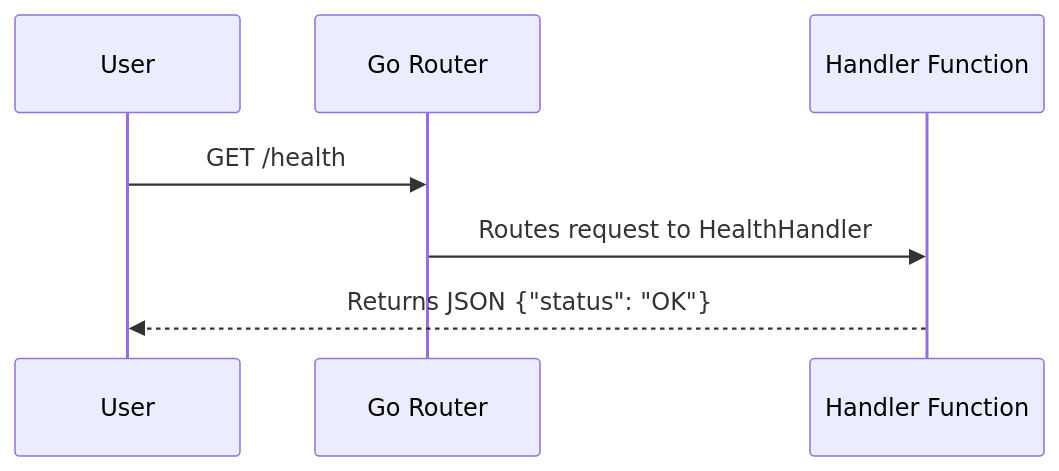
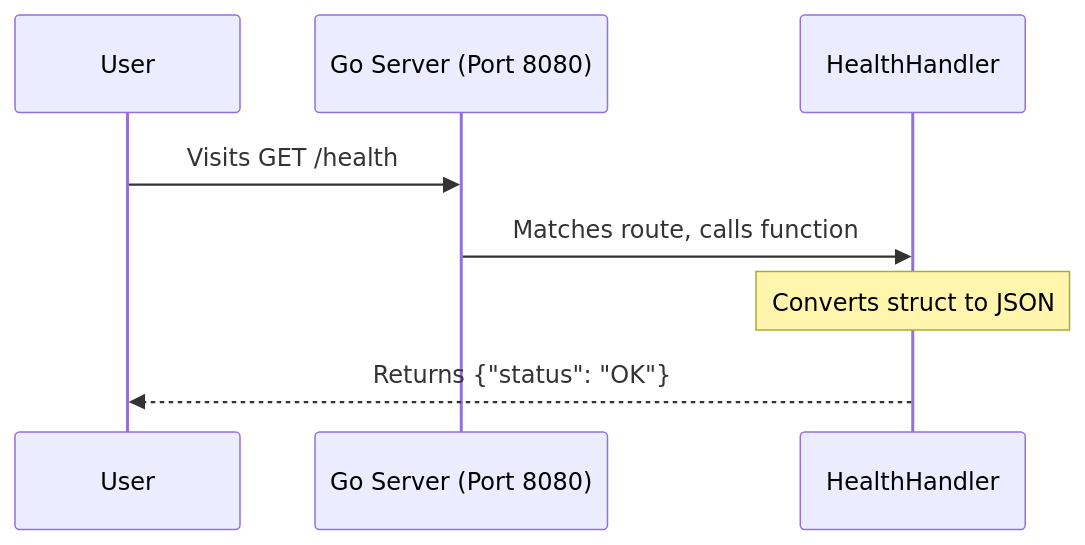
The diagram in docs/01_go_rest_api.md (Nithwin/db-crusher), drawn with Mermaid before and after one commit. The commit also changed other lines of this file and 3 other files, not shown here.

````diff
--- a/docs/01_go_rest_api.md
+++ b/docs/01_go_rest_api.md
@@ -59,10 +96,11 @@
 ```mermaid
 sequenceDiagram
     participant User
-    participant Go Router
-    participant Handler Function
+    participant Go Server (Port 8080)
+    participant HealthHandler
     
-    User->>Go Router: GET /health
-    Go Router->>Handler Function: Routes request to HealthHandler
-    Handler Function-->>User: Returns JSON {"status": "OK"}
+    User->>Go Server (Port 8080): Visits GET /health
+    Go Server (Port 8080)->>HealthHandler: Matches route, calls function
+    Note over HealthHandler: Converts struct to JSON
+    HealthHandler-->>User: Returns {"status": "OK"}
 ```
````
